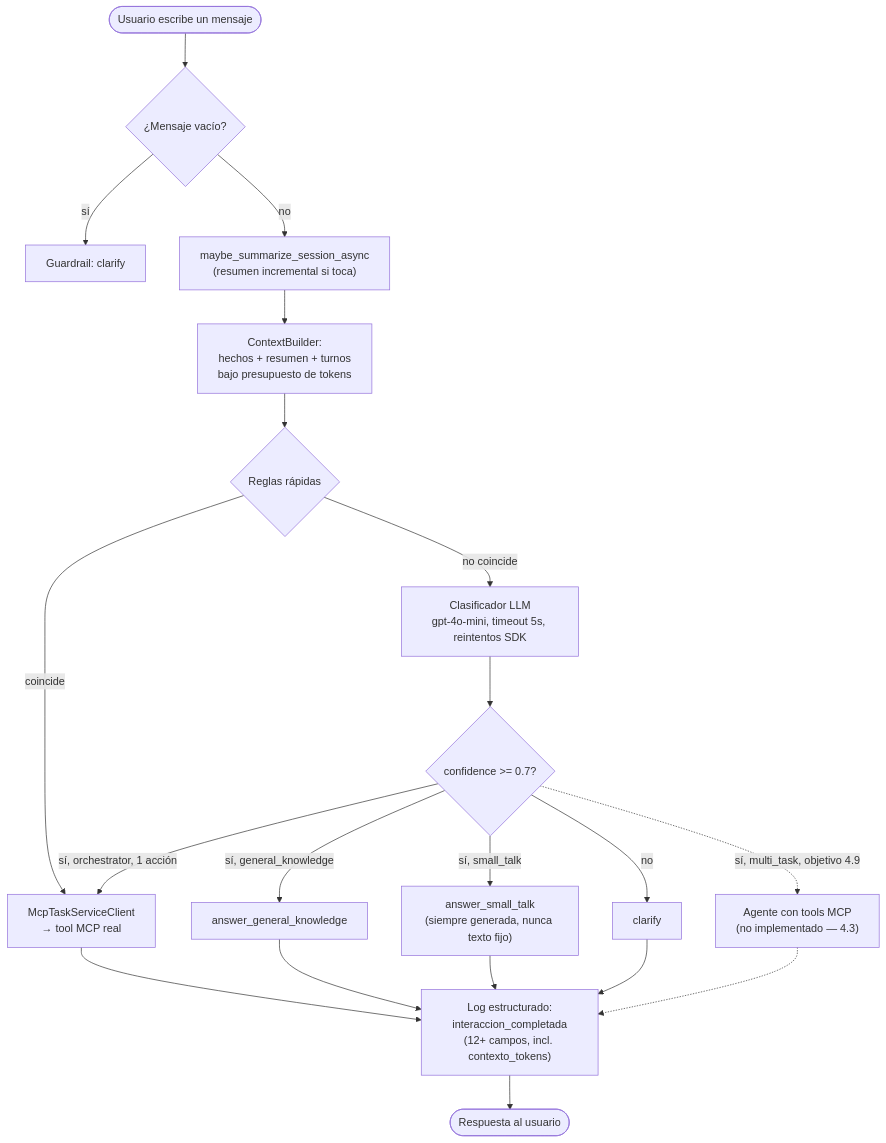
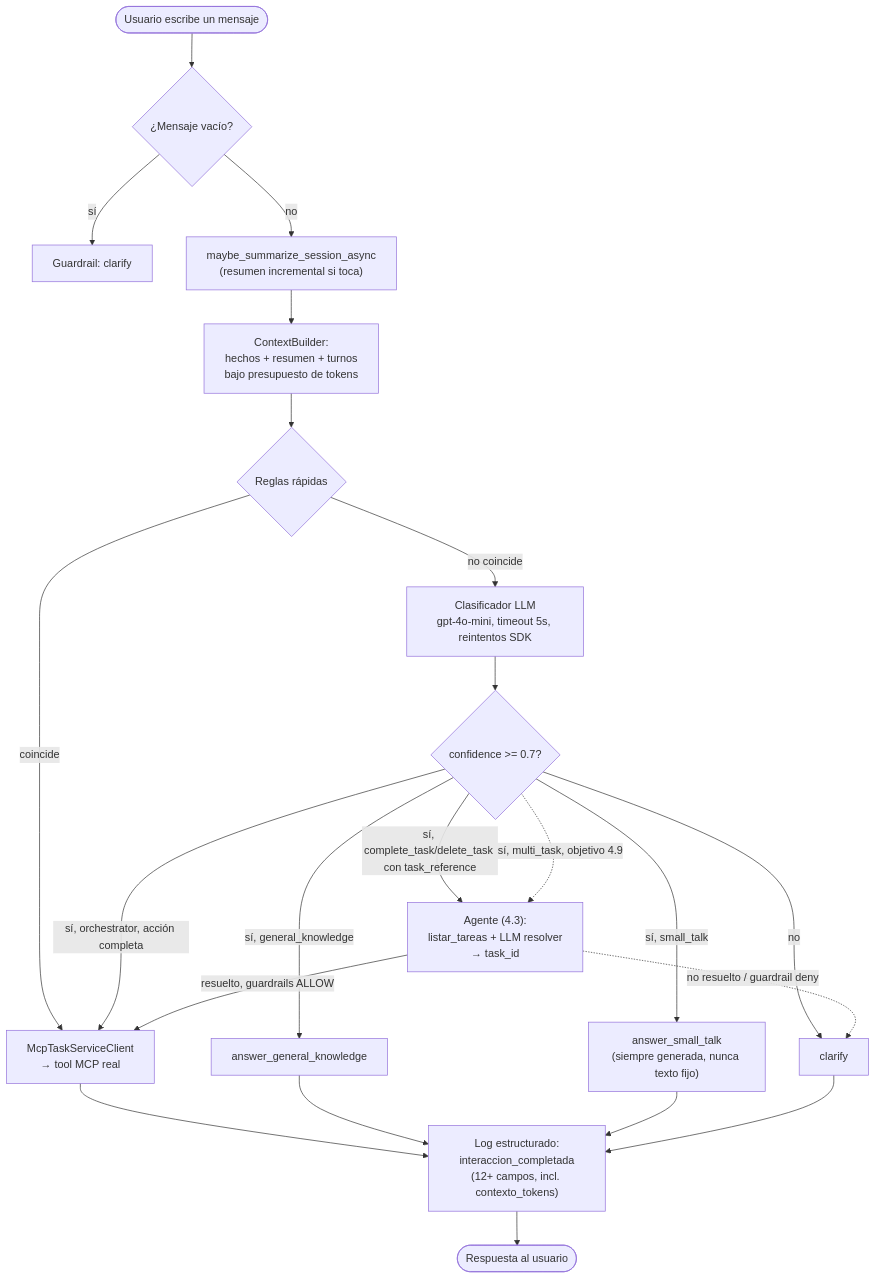
The fifth of 5 diagrams in docs/arquitectura_solucion.md (AlexisBerrio/personal_assistant_agent), drawn with Mermaid before and after one commit. The commit also changed other lines of this file and 8 other files, not shown here.

Commit message:
feat(agent): resolve task_reference to task_id

````diff
--- a/docs/arquitectura_solucion.md
+++ b/docs/arquitectura_solucion.md
@@ -447,22 +447,24 @@
 ```mermaid
 flowchart TD
     START(["Usuario escribe un mensaje"]) --> EMPTY{"¿Mensaje vacío?"}
     EMPTY -->|sí| GUARD["Guardrail: clarify"]
     EMPTY -->|no| SUM["maybe_summarize_session_async<br/>(resumen incremental si toca)"]
     SUM --> CB["ContextBuilder:<br/>hechos + resumen + turnos<br/>bajo presupuesto de tokens"]
     CB --> RULES{"Reglas rápidas"}
     RULES -->|coincide| EXEC["McpTaskServiceClient<br/>→ tool MCP real"]
     RULES -->|no coincide| CLS["Clasificador LLM<br/>gpt-4o-mini, timeout 5s, reintentos SDK"]
     CLS --> CONF{"confidence >= 0.7?"}
     CONF -->|no| CLAR["clarify"]
     CONF -->|sí, general_knowledge| ANS["answer_general_knowledge"]
     CONF -->|sí, small_talk| TALK["answer_small_talk<br/>(siempre generada, nunca texto fijo)"]
-    CONF -->|sí, orchestrator, 1 acción| EXEC
-    CONF -.->|sí, multi_task, objetivo 4.9| AGENT["Agente con tools MCP<br/>(no implementado — 4.3)"]
+    CONF -->|sí, orchestrator, acción completa| EXEC
+    CONF -->|sí, complete_task/delete_task con task_reference| AGENT["Agente (4.3):<br/>listar_tareas + LLM resolver<br/>→ task_id"]
+    AGENT -->|resuelto, guardrails ALLOW| EXEC
+    AGENT -.->|no resuelto / guardrail deny| CLAR
+    CONF -.->|sí, multi_task, objetivo 4.9| AGENT
     EXEC --> LOG["Log estructurado:<br/>interaccion_completada<br/>(12+ campos, incl. contexto_tokens)"]
     ANS --> LOG
     TALK --> LOG
     CLAR --> LOG
-    AGENT -.-> LOG
     LOG --> OUT(["Respuesta al usuario"])
 ```
````
